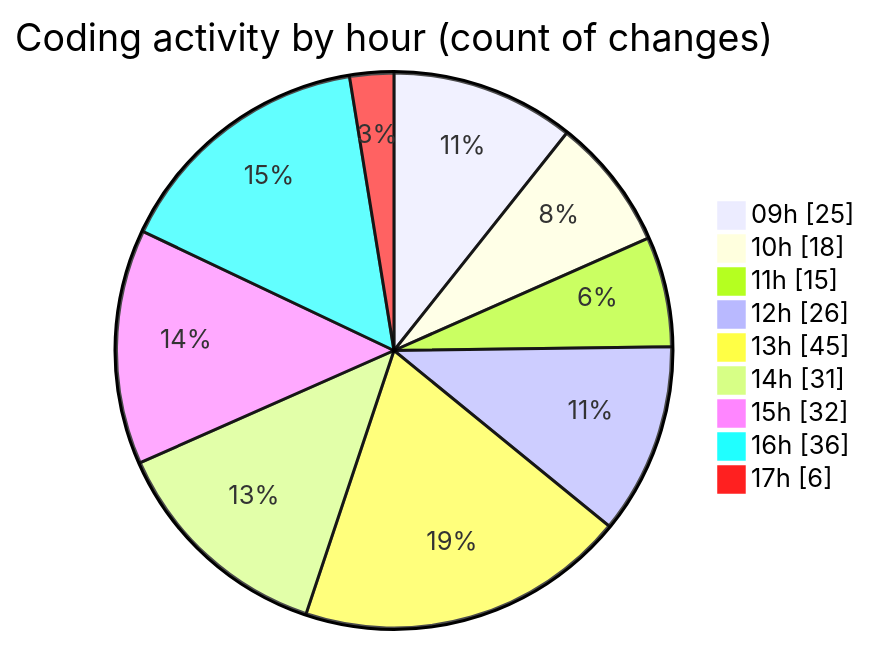
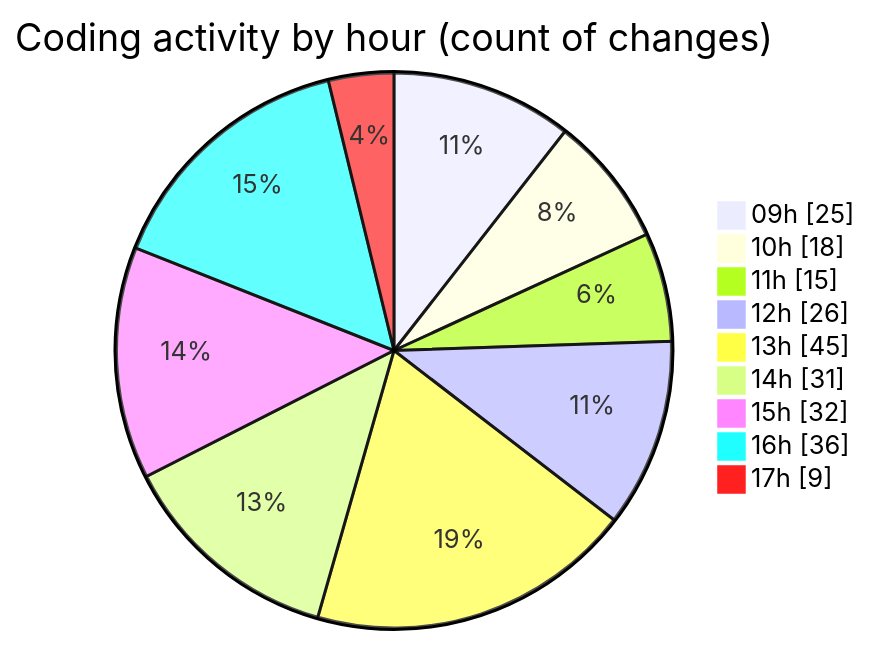
One commit to momahboobian/code-tracking changed the second of 2 diagrams in 2025-03-13/cda/README.md. Above: the diagram before and after it, drawn with Mermaid. The commit also changed other lines of this file and 1 other file, not shown here.

````diff
--- a/2025-03-13/cda/README.md
+++ b/2025-03-13/cda/README.md
@@ -44,13 +44,13 @@
 ```mermaid
 pie showData
 title Coding activity by hour (count of changes)
 "09h" : 25
 "10h" : 18
 "11h" : 15
 "12h" : 26
 "13h" : 45
 "14h" : 31
 "15h" : 32
 "16h" : 36
-"17h" : 6
+"17h" : 9
 ```
````
